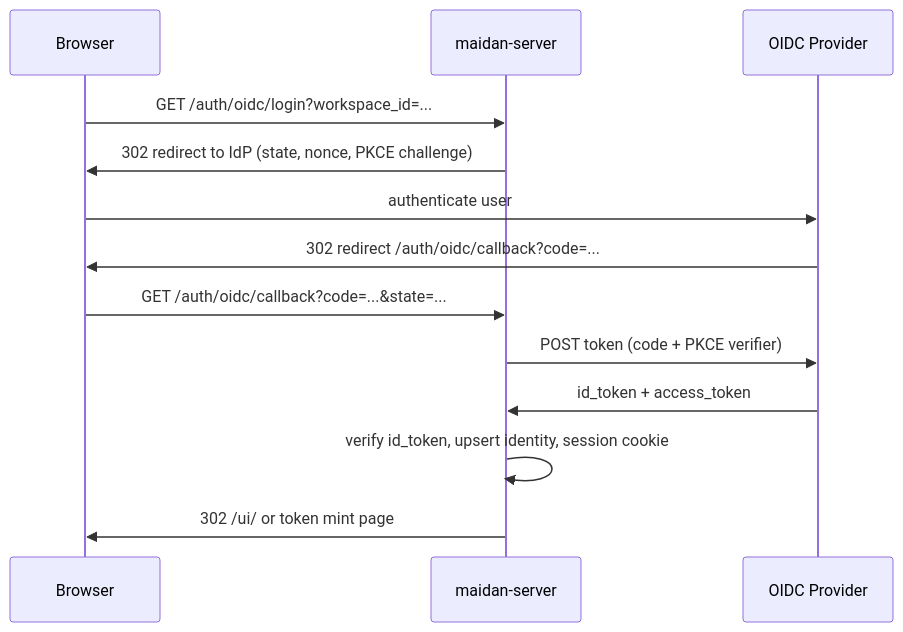
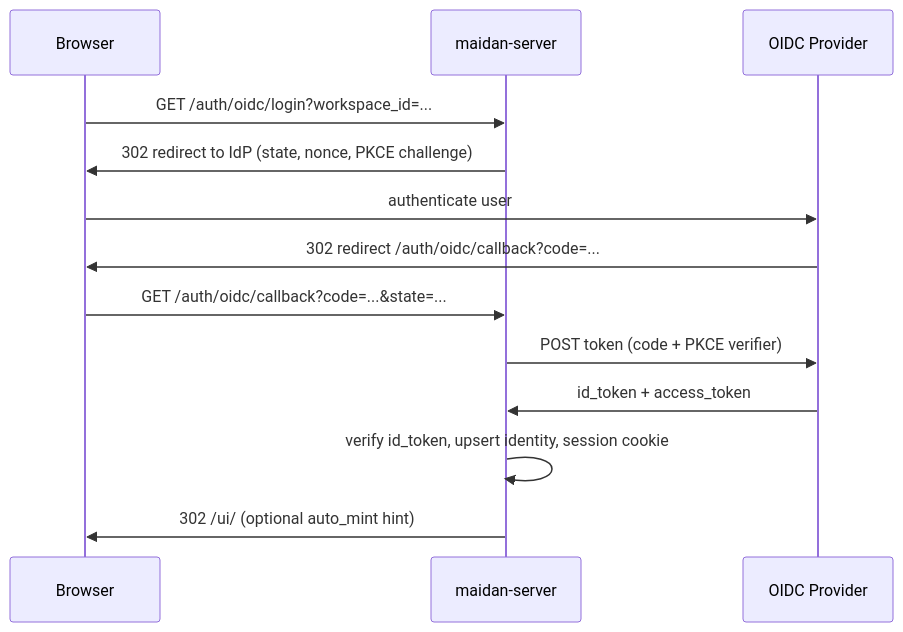
The diagram in docs/OIDC.md (david-engelmann/maidan), drawn with Mermaid before and after one commit. The commit also changed other lines of this file, not shown here.

````diff
--- a/docs/OIDC.md
+++ b/docs/OIDC.md
@@ -71,16 +71,16 @@
 ```mermaid
 sequenceDiagram
     participant Browser
     participant Maidan as maidan-server
     participant IdP as OIDC Provider
 
     Browser->>Maidan: GET /auth/oidc/login?workspace_id=...
     Maidan->>Browser: 302 redirect to IdP (state, nonce, PKCE challenge)
     Browser->>IdP: authenticate user
     IdP->>Browser: 302 redirect /auth/oidc/callback?code=...
     Browser->>Maidan: GET /auth/oidc/callback?code=...&state=...
     Maidan->>IdP: POST token (code + PKCE verifier)
     IdP->>Maidan: id_token + access_token
     Maidan->>Maidan: verify id_token, upsert identity, session cookie
-    Maidan->>Browser: 302 /ui/ or token mint page
+    Maidan->>Browser: 302 /ui/ (optional auto_mint hint)
 ```
````
